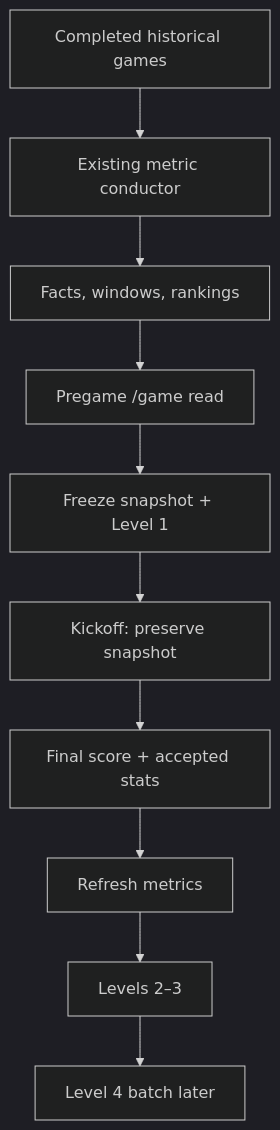
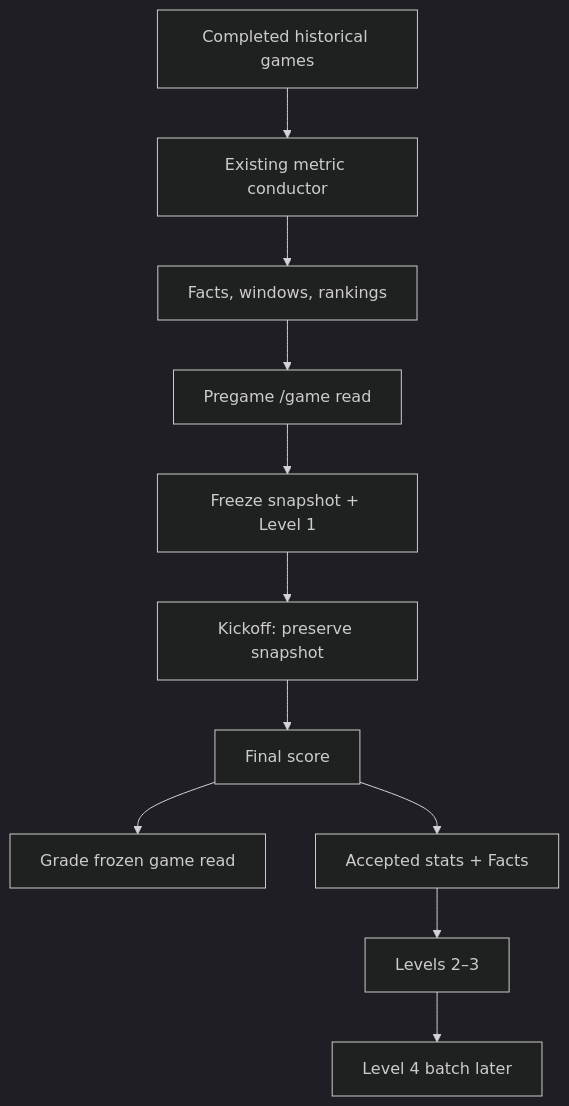
Before and after one commit to csells10/meow: the diagram in documentation/live/GameLens_Learning_Orchestration_Product_Sprint.md, drawn with Mermaid (dark theme). The commit also changed other lines of this file, not shown here.

Commit message:
Refine GameLens learning sprint for DRY reuse [skip ci]

````diff
--- a/documentation/live/GameLens_Learning_Orchestration_Product_Sprint.md
+++ b/documentation/live/GameLens_Learning_Orchestration_Product_Sprint.md
@@ -60,12 +91,13 @@
 ```mermaid
 flowchart TD
     A["Completed historical games"] --> B["Existing metric conductor"]
     B --> C["Facts, windows, rankings"]
     C --> D["Pregame /game read"]
     D --> E["Freeze snapshot + Level 1"]
     E --> F["Kickoff: preserve snapshot"]
-    F --> G["Final score + accepted stats"]
-    G --> H["Refresh metrics"]
-    H --> I["Levels 2–3"]
-    I --> J["Level 4 batch later"]
+    F --> G["Final score"]
+    G --> H["Grade frozen game read"]
+    G --> I["Accepted stats + Facts"]
+    I --> J["Levels 2–3"]
+    J --> K["Level 4 batch later"]
 ```
````
